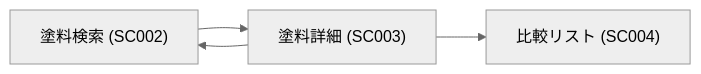
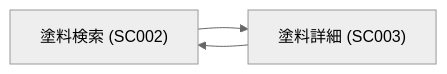
The diagram in docs/20_design/04_ui/SC003.md (x29general/PlasticModelApp.Public), drawn with Mermaid (neutral theme) before and after one commit. The commit also changed 1 other file, not shown here.

Commit message:
feat: 比較リスト画面の情報をUI一覧から削除

````diff
--- a/docs/20_design/04_ui/SC003.md
+++ b/docs/20_design/04_ui/SC003.md
@@ -17,6 +17,5 @@
 ```mermaid
 flowchart LR
   SC002["塗料検索 (SC002)"] --> SC003["塗料詳細 (SC003)"];
   SC003 --> SC002;
-  SC003 --> SC004["比較リスト (SC004)"];
 ```
````
